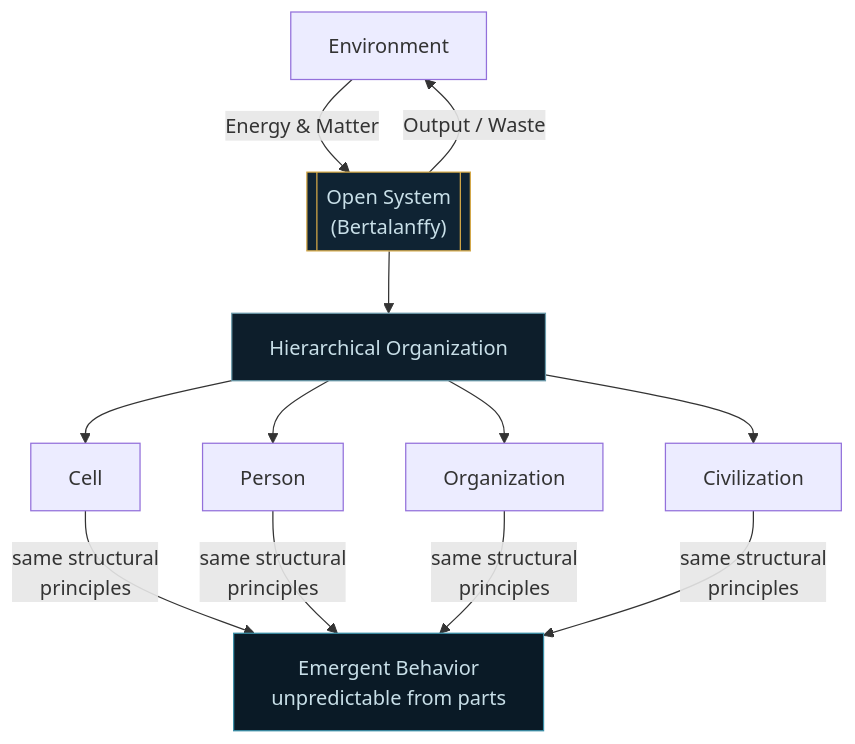
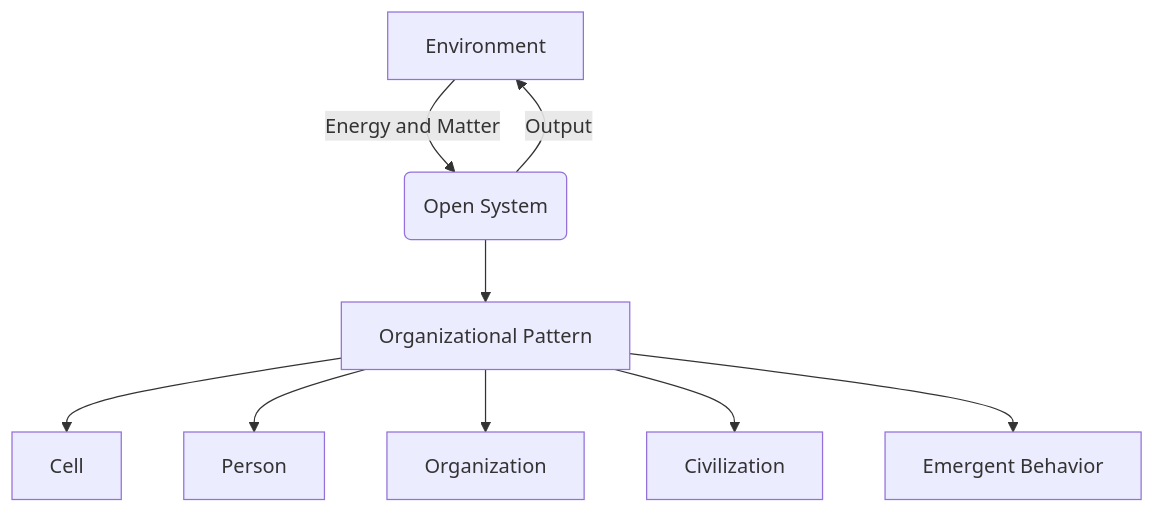
One commit to kurtrowley/isrd-site changed the second of 7 diagrams in src/articles/systems_science_eras-article.md. Above: the diagram before and after it, drawn with Mermaid. The commit also changed other lines of this file and 1 other file, not shown here.

Commit message:
Simplify all Mermaid diagrams: remove subgraph/double-bracket/hexagon syntax, max 7 nodes each

````diff
--- a/src/articles/systems_science_eras-article.md
+++ b/src/articles/systems_science_eras-article.md
@@ -41,14 +41,11 @@
 ```mermaid
-flowchart TD
-  E["Environment"] -->|"Energy & Matter"| S[["Open System\n(Bertalanffy)"]]
-  S -->|"Output / Waste"| E
-  S --> H["Hierarchical Organization"]
-  H --> P1["Cell"]
-  H --> P2["Person"]
-  H --> P3["Organization"]
-  H --> P4["Civilization"]
-  P1 & P2 & P3 & P4 -->|"same structural\nprinciples"| EM["Emergent Behavior\nunpredictable from parts"]
-  style S fill:#0f2333,stroke:#d4a847,color:#c8dfe8
-  style EM fill:#0a1a26,stroke:#3a8fa8,color:#c8dfe8
-  style H fill:#0d1e2b,stroke:#6a9aaa,color:#c8dfe8
+graph TD
+  E[Environment] -->|Energy and Matter| S(Open System)
+  S -->|Output| E
+  S --> H[Organizational Pattern]
+  H --> P1[Cell]
+  H --> P2[Person]
+  H --> P3[Organization]
+  H --> P4[Civilization]
+  H --> EM[Emergent Behavior]
 ```
````
